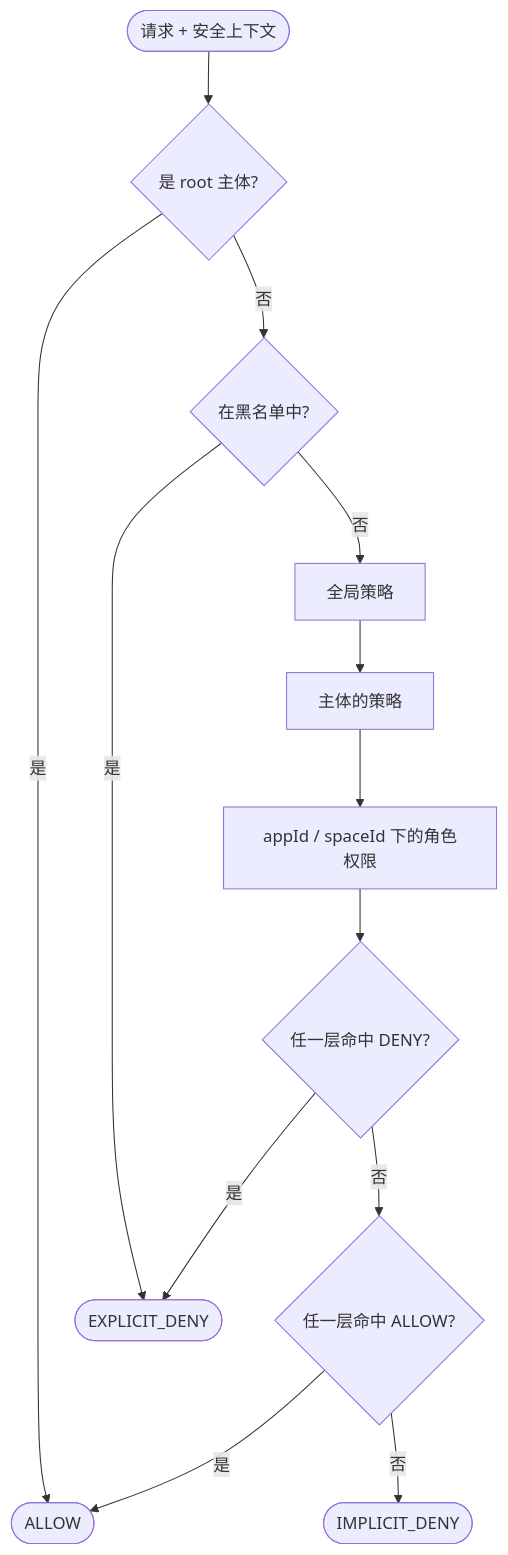
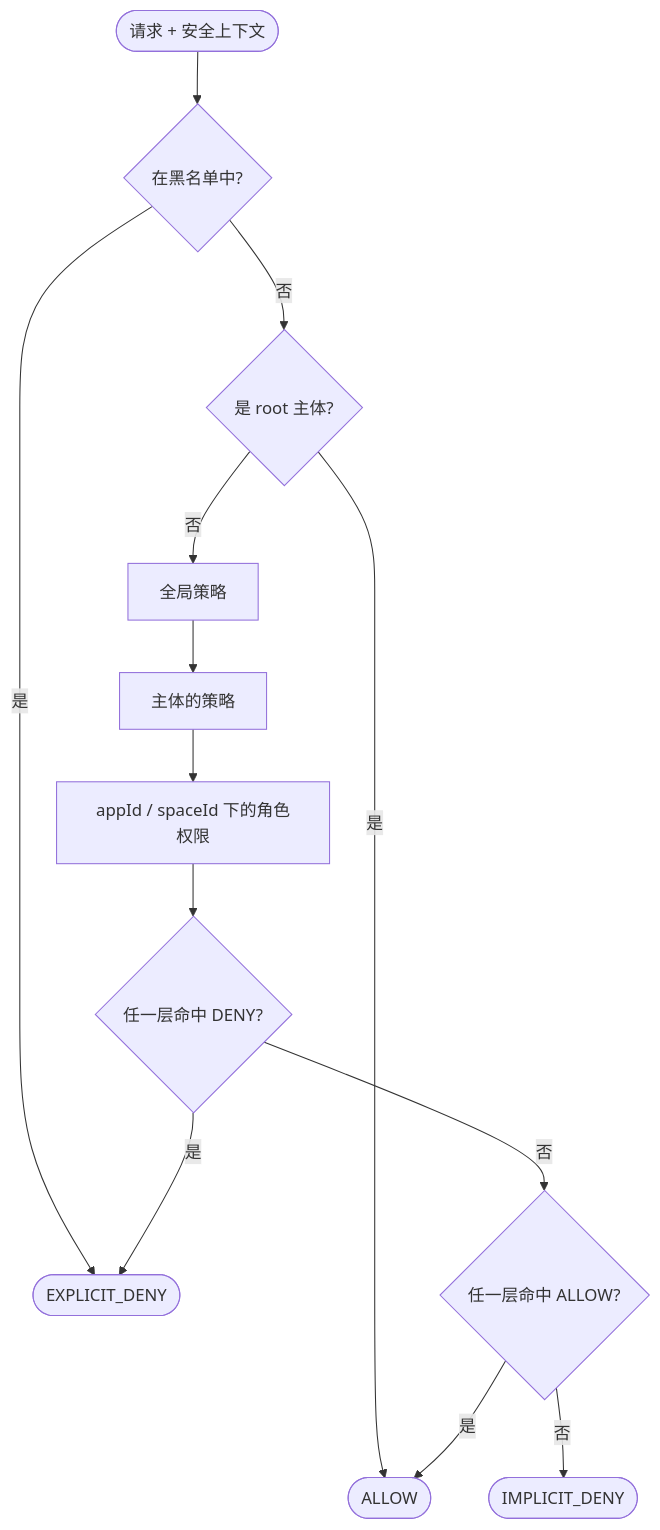
One commit to Ahoo-Wang/CoSec changed the diagram in wiki/zh/guide/introduction.md. Above: the diagram before and after it, drawn with Mermaid. The commit also changed 29 other files, not shown here.

````diff
--- a/wiki/zh/guide/introduction.md
+++ b/wiki/zh/guide/introduction.md
@@ -23,15 +23,15 @@
 ```mermaid
 flowchart TD
-    R([请求 + 安全上下文]) --> ROOT{是 root 主体?}
+    R([请求 + 安全上下文]) --> BL{在黑名单中?}
+    BL -->|是| DENY([EXPLICIT_DENY])
+    BL -->|否| ROOT{是 root 主体?}
     ROOT -->|是| ALLOW([ALLOW])
-    ROOT -->|否| BL{在黑名单中?}
-    BL -->|是| DENY([EXPLICIT_DENY])
-    BL -->|否| G[全局策略]
+    ROOT -->|否| G[全局策略]
     G --> P[主体的策略]
     P --> RP[appId / spaceId 下的角色权限]
     RP --> D{任一层命中 DENY?}
     D -->|是| DENY
     D -->|否| A{任一层命中 ALLOW?}
     A -->|是| ALLOW
     A -->|否| IMPLICIT([IMPLICIT_DENY])
 ```
````
